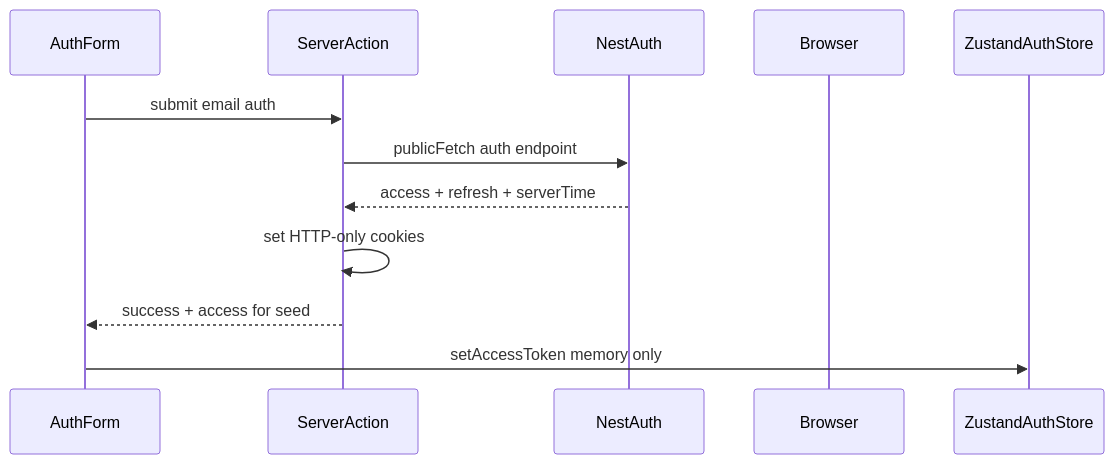
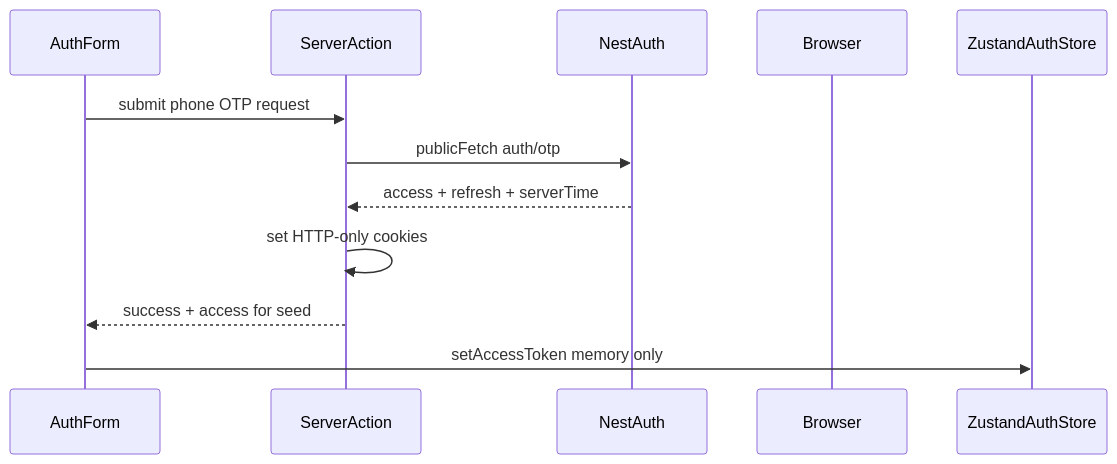
Before and after one commit to arvin-ramezani/unixsee-monorepo: the first of 4 diagrams in docs/frontend/client-data-fetching.md, drawn with Mermaid. The commit also changed other lines of this file and 48 other files, not shown here.

First line of the commit message:
feat(client): wire phone OTP auth with hybrid Nest session fetching

````diff
--- a/docs/frontend/client-data-fetching.md
+++ b/docs/frontend/client-data-fetching.md
@@ -65,15 +67,15 @@
 ```mermaid
 sequenceDiagram
   participant UI as AuthForm
   participant SA as ServerAction
   participant Nest as NestAuth
   participant Browser as Browser
   participant Store as ZustandAuthStore
 
-  UI->>SA: submit email auth
-  SA->>Nest: publicFetch auth endpoint
+  UI->>SA: submit phone OTP request
+  SA->>Nest: publicFetch auth/otp
   Nest-->>SA: access + refresh + serverTime
   SA->>SA: set HTTP-only cookies
   SA-->>UI: success + access for seed
   UI->>Store: setAccessToken memory only
 ```
````
